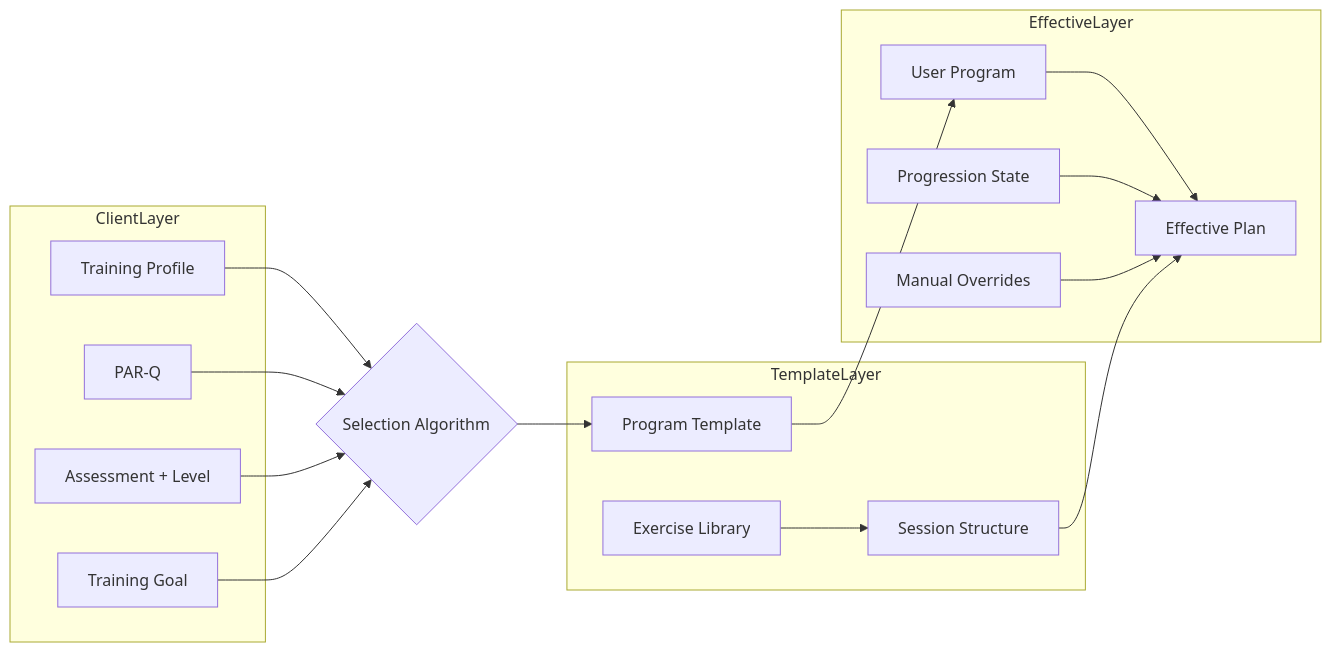
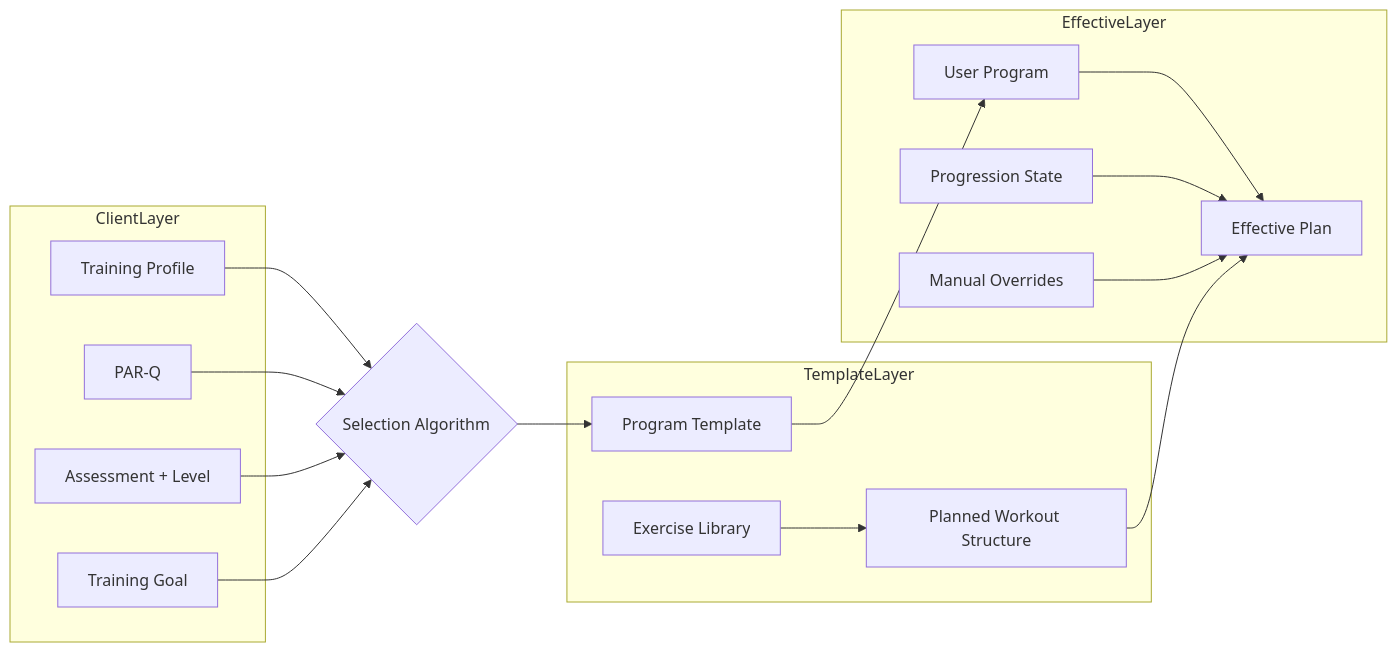
Before and after one commit to stywithme/movit: the first of 2 diagrams in Docs/04-Research/Training-Programs/Program-Blueprint.md, drawn with Mermaid. The commit also changed other lines of this file and 352 other files, not shown here.

````diff
--- a/Docs/04-Research/Training-Programs/Program-Blueprint.md
+++ b/Docs/04-Research/Training-Programs/Program-Blueprint.md
@@ -98,34 +98,34 @@
 ```mermaid
 flowchart LR
     subgraph clientLayer [ClientLayer]
         trainingProfile["Training Profile"]
         safetyGate["PAR-Q"]
         assessmentState["Assessment + Level"]
         trainingGoal["Training Goal"]
     end
 
     subgraph templateLayer [TemplateLayer]
         programTemplate["Program Template"]
-        sessionTemplate["Session Structure"]
+        plannedWorkoutTemplate["Planned Workout Structure"]
         exerciseLibrary["Exercise Library"]
     end
 
     subgraph effectiveLayer [EffectiveLayer]
         userProgram["User Program"]
         progressionState["Progression State"]
         manualOverrides["Manual Overrides"]
         effectivePlan["Effective Plan"]
     end
 
     trainingProfile --> selectionEngine{"Selection Algorithm"}
     safetyGate --> selectionEngine
     assessmentState --> selectionEngine
     trainingGoal --> selectionEngine
     selectionEngine --> programTemplate
     programTemplate --> userProgram
     userProgram --> effectivePlan
     progressionState --> effectivePlan
     manualOverrides --> effectivePlan
-    exerciseLibrary --> sessionTemplate
-    sessionTemplate --> effectivePlan
+    exerciseLibrary --> plannedWorkoutTemplate
+    plannedWorkoutTemplate --> effectivePlan
 ```
````
